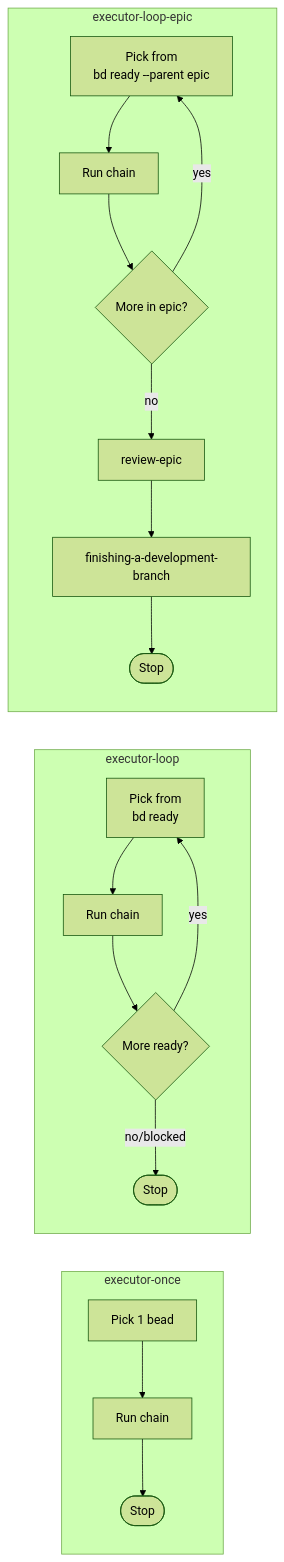
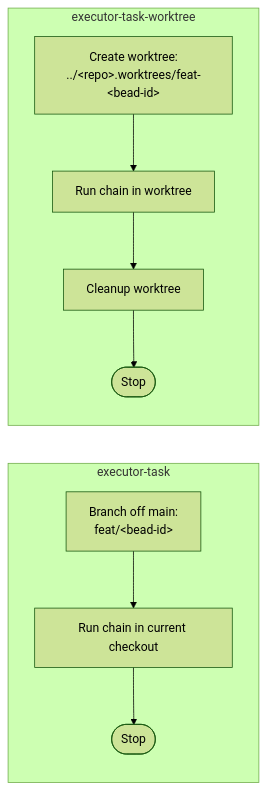
One commit to jsiovn/workflow-template changed the fourth of 5 diagrams in docs/SKILLS_RELATIONSHIPS.md. Above: the diagram before and after it, drawn with Mermaid (forest theme). The commit also changed other lines of this file and 61 other files, not shown here.

````diff
--- a/docs/SKILLS_RELATIONSHIPS.md
+++ b/docs/SKILLS_RELATIONSHIPS.md
@@ -175,16 +152,9 @@
 ```mermaid
 flowchart LR
-    subgraph EO[executor-once]
-        EOA[Pick 1 bead] --> EOB[Run chain] --> EOC([Stop])
+    subgraph ET[executor-task]
+        ETA[Branch off main:<br/>feat/&lt;bead-id&gt;] --> ETB[Run chain in current checkout] --> ETC([Stop])
     end
-    subgraph EL[executor-loop]
-        ELA[Pick from<br/>bd ready] --> ELB[Run chain] --> ELC{More ready?}
-        ELC -->|yes| ELA
-        ELC -->|no/blocked| ELD([Stop])
-    end
-    subgraph ELE[executor-loop-epic]
-        ELEA[Pick from<br/>bd ready --parent epic] --> ELEB[Run chain] --> ELEC{More in epic?}
-        ELEC -->|yes| ELEA
-        ELEC -->|no| ELED[review-epic] --> ELEE[finishing-a-development-branch] --> ELEF([Stop])
+    subgraph ETW[executor-task-worktree]
+        ETWA[Create worktree:<br/>../&lt;repo&gt;.worktrees/feat-&lt;bead-id&gt;] --> ETWB[Run chain in worktree] --> ETWC[Cleanup worktree] --> ETWD([Stop])
     end
 ```
````
